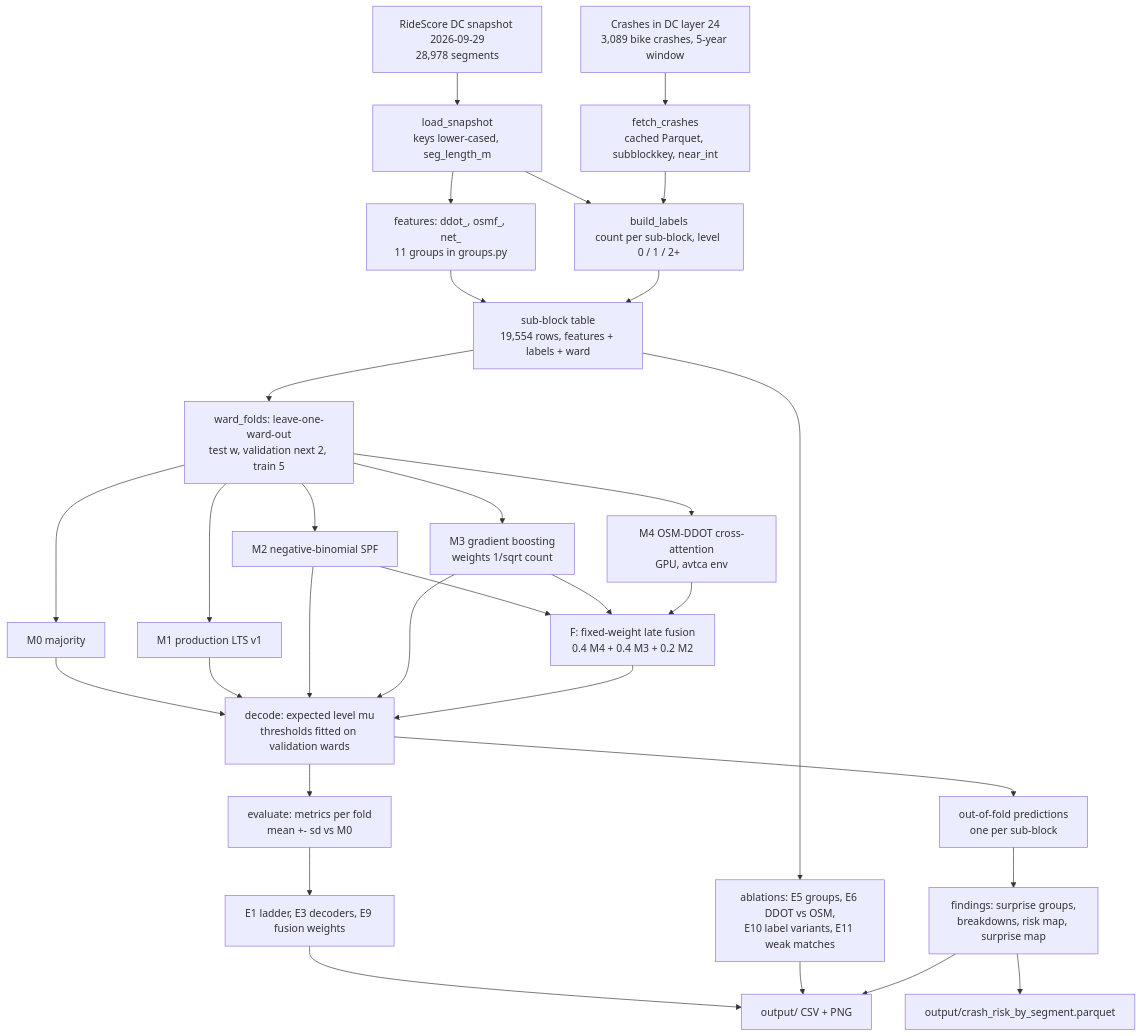
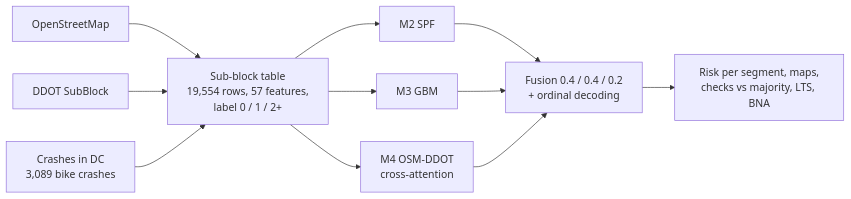
Before and after one commit to YuvrajGupta1808/CivicTech: the diagram in docs/architecture.md, drawn with Mermaid. The commit also changed other lines of this file and 6 other files, not shown here.

Commit message:
Simplify architecture: one five-stage figure plus a short Mermaid chart

````diff
--- a/docs/architecture.md
+++ b/docs/architecture.md
@@ -7,44 +11,13 @@
 ```mermaid
-flowchart TD
-    SNAP["RideScore DC snapshot 2026-09-29<br/>28,978 segments"]
-    CR["Crashes in DC layer 24<br/>3,089 bike crashes, 5-year window"]
-
-    SNAP --> LS["load_snapshot<br/>keys lower-cased, seg_length_m"]
-    CR --> FC["fetch_crashes<br/>cached Parquet, subblockkey, near_int"]
-
-    LS --> FEAT["features: ddot_, osmf_, net_<br/>11 groups in groups.py"]
-    LS --> LAB["build_labels<br/>count per sub-block, level 0 / 1 / 2+"]
-    FC --> LAB
-
-    FEAT --> TAB["sub-block table<br/>19,554 rows, features + labels + ward"]
-    LAB --> TAB
-
-    TAB --> FOLDS["ward_folds: leave-one-ward-out<br/>test w, validation next 2, train 5"]
-
-    FOLDS --> M0["M0 majority"]
-    FOLDS --> M1["M1 production LTS v1"]
-    FOLDS --> M2["M2 negative-binomial SPF"]
-    FOLDS --> M3["M3 gradient boosting<br/>weights 1/sqrt count"]
-    FOLDS --> M4["M4 OSM-DDOT cross-attention<br/>GPU, avtca env"]
-
-    M2 --> FUSE["F: fixed-weight late fusion<br/>0.4 M4 + 0.4 M3 + 0.2 M2"]
-    M3 --> FUSE
-    M4 --> FUSE
-
-    M0 --> DEC["decode: expected level mu<br/>thresholds fitted on validation wards"]
-    M1 --> DEC
-    M2 --> DEC
-    M3 --> DEC
-    FUSE --> DEC
-
-    DEC --> MET["evaluate: metrics per fold<br/>mean +- sd vs M0"]
-    DEC --> OOF["out-of-fold predictions<br/>one per sub-block"]
-
-    MET --> E1["E1 ladder, E3 decoders, E9 fusion weights"]
-    TAB --> ABL["ablations: E5 groups, E6 DDOT vs OSM,<br/>E10 label variants, E11 weak matches"]
-    OOF --> FIND["findings: surprise groups,<br/>breakdowns, risk map, surprise map"]
-    FIND --> HAND["output/crash_risk_by_segment.parquet"]
-    E1 --> OUT["output/ CSV + PNG"]
-    ABL --> OUT
-    FIND --> OUT
+flowchart LR
+    OSM["OpenStreetMap"] --> T["Sub-block table<br/>19,554 rows, 57 features,<br/>label 0 / 1 / 2+"]
+    DDOT["DDOT SubBlock"] --> T
+    CR["Crashes in DC<br/>3,089 bike crashes"] --> T
+    T --> M2["M2 SPF"]
+    T --> M3["M3 GBM"]
+    T --> M4["M4 OSM-DDOT<br/>cross-attention"]
+    M2 --> F["Fusion 0.4 / 0.4 / 0.2<br/>+ ordinal decoding"]
+    M3 --> F
+    M4 --> F
+    F --> O["Risk per segment, maps,<br/>checks vs majority, LTS, BNA"]
 ```
````
